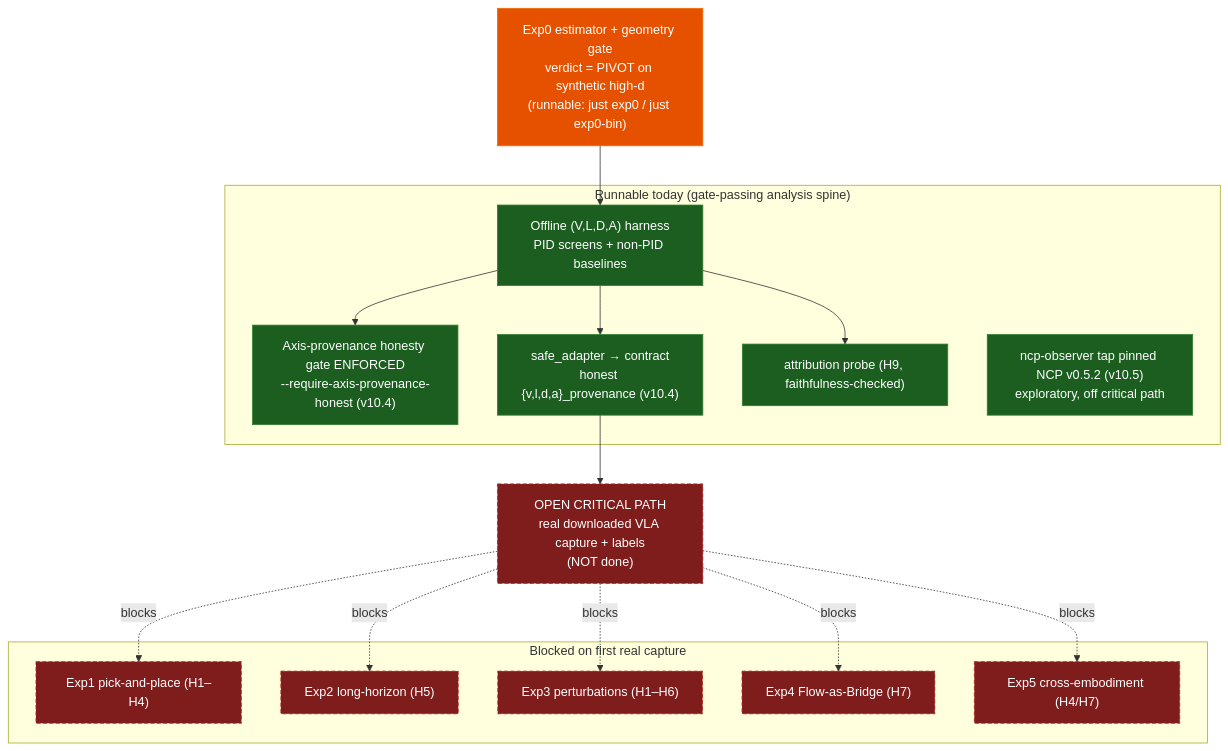
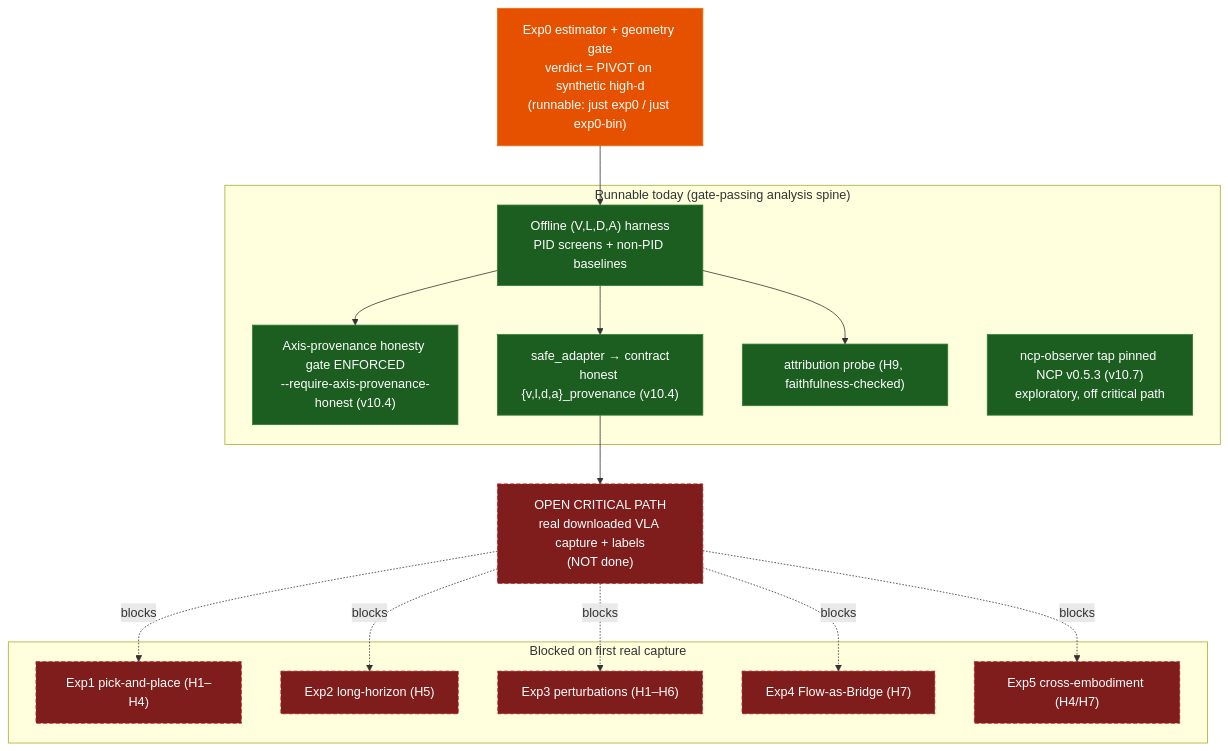
One commit to sepahead/prisoma changed the first of 18 diagrams in DIAGRAMS.md. Above: the diagram before and after it, drawn with Mermaid. The commit also changed other lines of this file and 11 other files, not shown here.

````diff
--- a/DIAGRAMS.md
+++ b/DIAGRAMS.md
@@ -22,33 +22,33 @@
 ```mermaid
 flowchart TD
     classDef run fill:#1b5e20,stroke:#2e7d32,color:#fff;
     classDef gate fill:#e65100,stroke:#ef6c00,color:#fff;
     classDef blocked fill:#7f1d1d,stroke:#b71c1c,color:#fff,stroke-dasharray:5 3;
 
     Exp0["Exp0 estimator + geometry gate<br/>verdict = PIVOT on synthetic high-d<br/>(runnable: just exp0 / just exp0-bin)"]:::gate
 
     subgraph Today["Runnable today (gate-passing analysis spine)"]
         Harness["Offline (V,L,D,A) harness<br/>PID screens + non-PID baselines"]:::run
         ProvGate["Axis-provenance honesty gate ENFORCED<br/>--require-axis-provenance-honest (v10.4)"]:::run
         Adapter["safe_adapter → contract<br/>honest {v,l,d,a}_provenance (v10.4)"]:::run
         Attr["attribution probe (H9, faithfulness-checked)"]:::run
-        Obs["ncp-observer tap pinned NCP v0.5.2 (v10.5)<br/>exploratory, off critical path"]:::run
+        Obs["ncp-observer tap pinned NCP v0.5.3 (v10.7)<br/>exploratory, off critical path"]:::run
     end
 
     Capture["OPEN CRITICAL PATH<br/>real downloaded VLA capture + labels<br/>(NOT done)"]:::blocked
 
     subgraph Blocked["Blocked on first real capture"]
         E1["Exp1 pick-and-place (H1–H4)"]:::blocked
         E2["Exp2 long-horizon (H5)"]:::blocked
         E3["Exp3 perturbations (H1–H6)"]:::blocked
         E4["Exp4 Flow-as-Bridge (H7)"]:::blocked
         E5["Exp5 cross-embodiment (H4/H7)"]:::blocked
     end
 
     Exp0 --> Harness
     Harness --> ProvGate
     Harness --> Adapter
     Harness --> Attr
     Adapter --> Capture
     Capture -. blocks .-> E1 & E2 & E3 & E4 & E5
 ```
````
